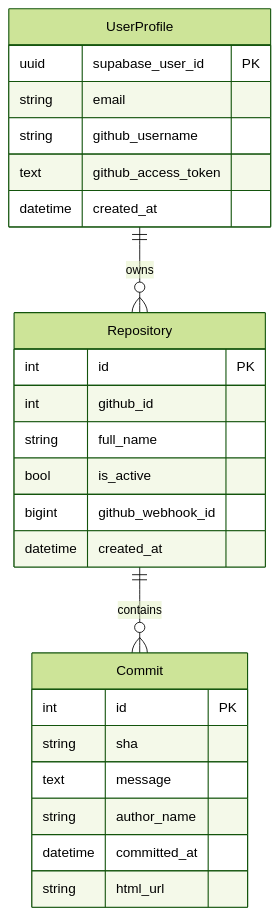
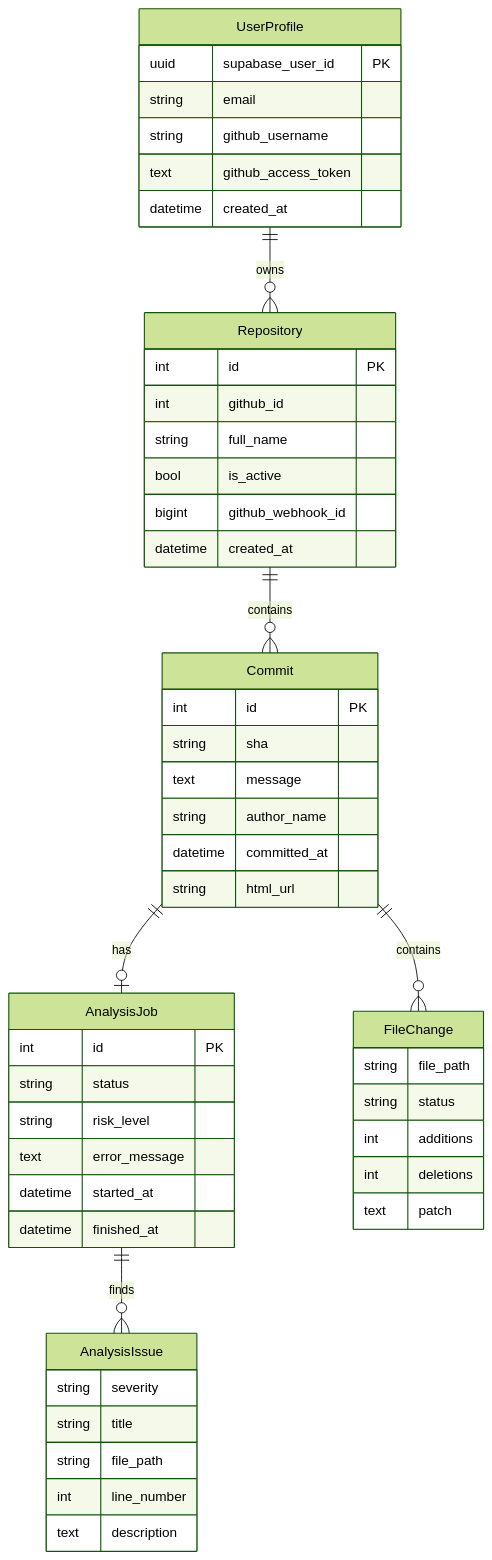
One commit to coutKaustubh/CommitIQ changed the third of 10 diagrams in README.md. Above: the diagram before and after it, drawn with Mermaid (forest theme). The commit also changed other lines of this file and 2 other files, not shown here.

````diff
--- a/README.md
+++ b/README.md
@@ -184,31 +211,59 @@
 ```mermaid
 erDiagram
     UserProfile ||--o{ Repository : owns
     Repository ||--o{ Commit : contains
+    Commit ||--o| AnalysisJob : has
+    Commit ||--o{ FileChange : contains
+    AnalysisJob ||--o{ AnalysisIssue : finds
 
     UserProfile {
         uuid supabase_user_id PK
         string email
         string github_username
         text github_access_token
         datetime created_at
     }
 
     Repository {
         int id PK
         int github_id
         string full_name
         bool is_active
         bigint github_webhook_id
         datetime created_at
     }
 
     Commit {
         int id PK
         string sha
         text message
         string author_name
         datetime committed_at
         string html_url
     }
+
+    AnalysisJob {
+        int id PK
+        string status
+        string risk_level
+        text error_message
+        datetime started_at
+        datetime finished_at
+    }
+
+    FileChange {
+        string file_path
+        string status
+        int additions
+        int deletions
+        text patch
+    }
+
+    AnalysisIssue {
+        string severity
+        string title
+        string file_path
+        int line_number
+        text description
+    }
 ```
````
